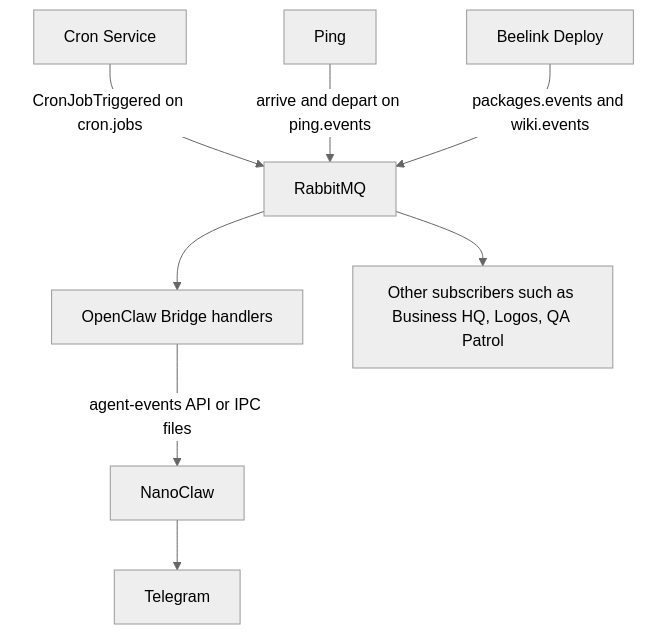
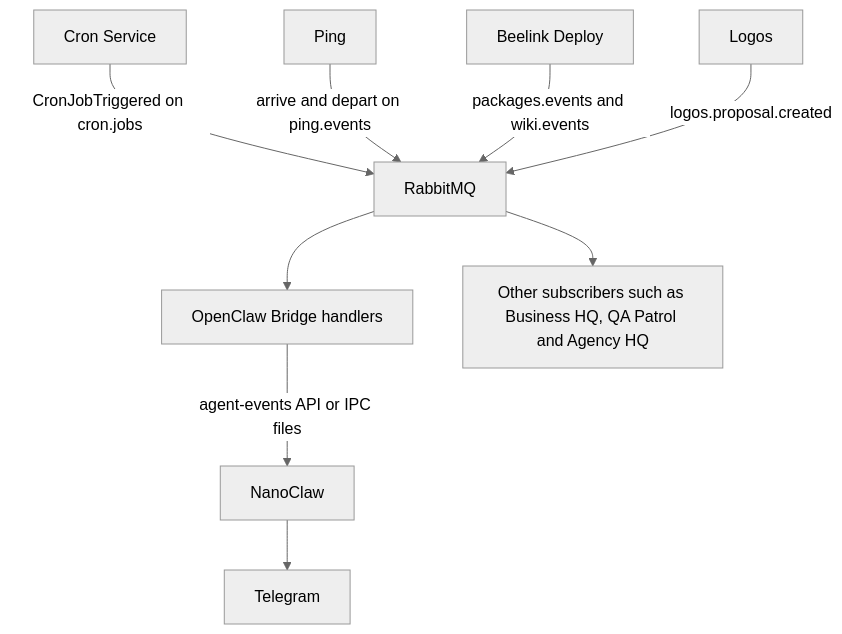
The second of 3 diagrams in content/ecosystem/overview.md (Jeffrey-Keyser/project-wiki), drawn with Mermaid (neutral theme) before and after one commit. The commit also changed other lines of this file and 1 other file, not shown here.

````diff
--- a/content/ecosystem/overview.md
+++ b/content/ecosystem/overview.md
@@ -113,10 +117,11 @@
 ```mermaid
 flowchart TB
   cron["Cron Service"] -->|"CronJobTriggered on cron.jobs"| mq["RabbitMQ"]
   ping["Ping"] -->|"arrive and depart on ping.events"| mq
   deploy["Beelink Deploy"] -->|"packages.events and wiki.events"| mq
+  logos["Logos"] -->|"logos.proposal.created"| mq
   mq --> bridge["OpenClaw Bridge handlers"]
-  mq --> subs["Other subscribers such as Business HQ, Logos, QA Patrol"]
+  mq --> subs["Other subscribers such as Business HQ, QA Patrol and Agency HQ"]
   bridge -->|"agent-events API or IPC files"| nano["NanoClaw"]
   nano --> tg["Telegram"]
 ```
````
